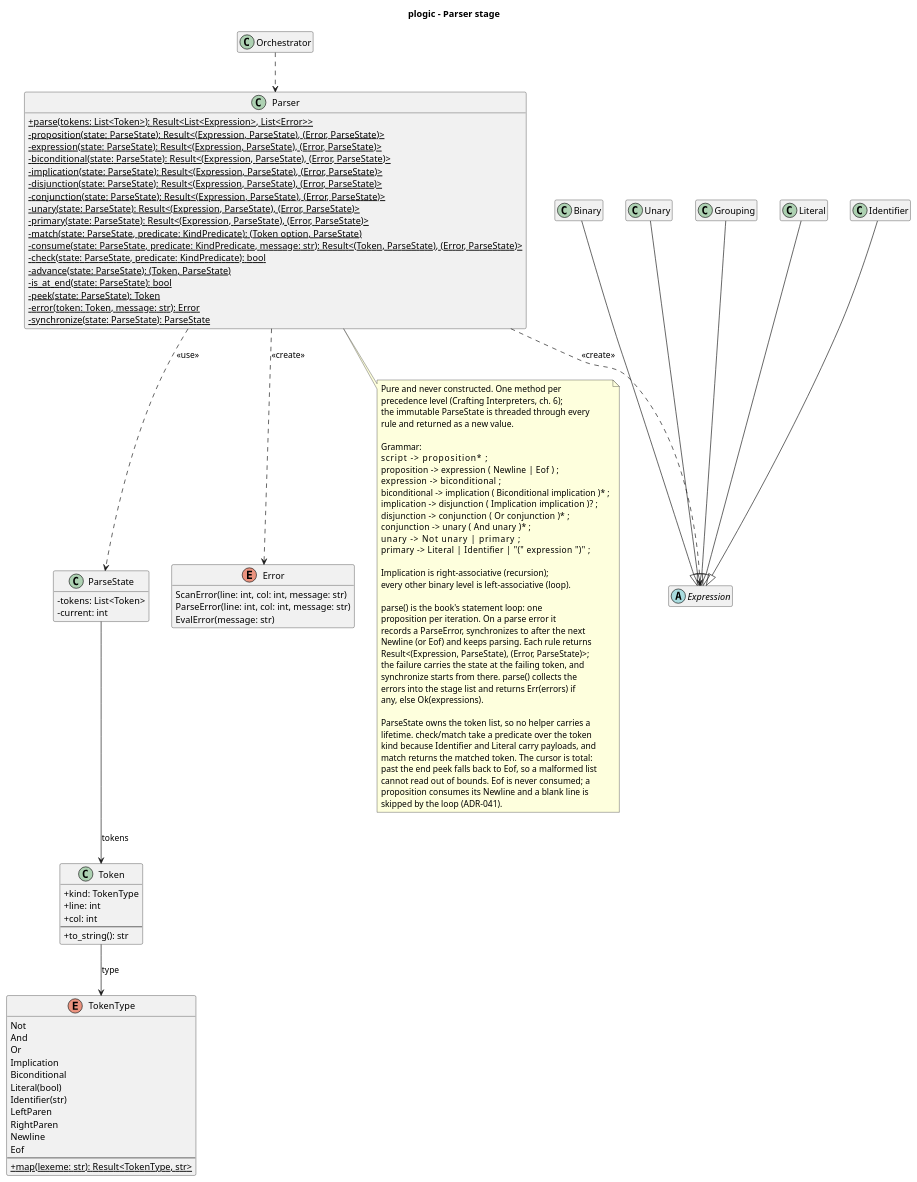
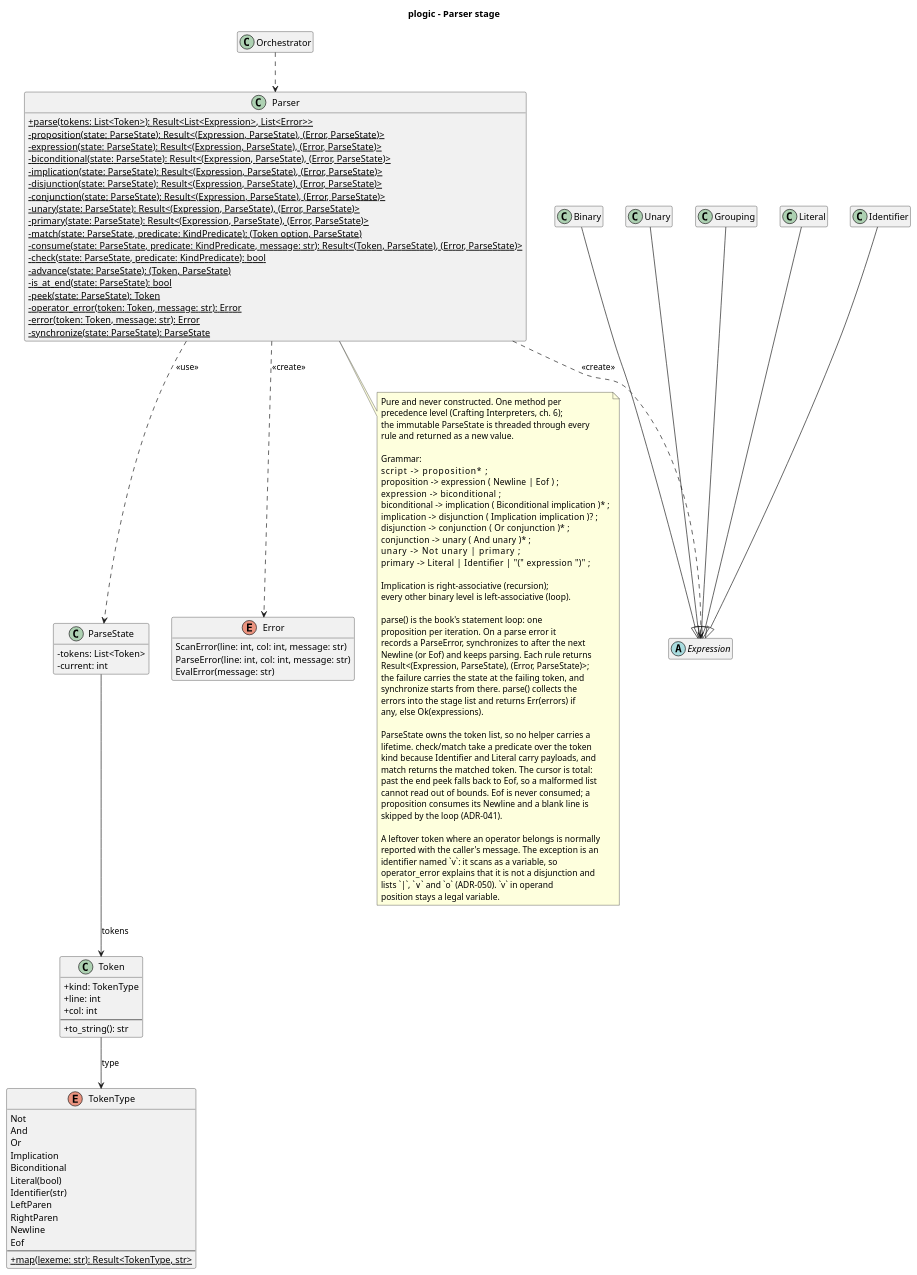
Before and after one commit to Josgtg/plogic: the diagram in design/diagrams/parser_class.puml, drawn with PlantUML. The commit also changed 9 other files, not shown here.

```diff
--- a/design/diagrams/parser_class.puml
+++ b/design/diagrams/parser_class.puml
@@ -1,131 +1,139 @@
 @startuml parser_class
 title plogic - Parser stage
 
 skinparam classAttributeIconSize 0
 hide empty members
 
 class Orchestrator
 
 enum TokenType {
   Not
   And
   Or
   Implication
   Biconditional
   Literal(bool)
   Identifier(str)
   LeftParen
   RightParen
   Newline
   Eof
   --
   +{static} map(lexeme: str): Result<TokenType, str>
 }
 
 class Token {
   +kind: TokenType
   +line: int
   +col: int
   --
   +to_string(): str
 }
 
 class ParseState {
   -tokens: List<Token>
   -current: int
 }
 
 class Parser {
   +{static} parse(tokens: List<Token>): Result<List<Expression>, List<Error>>
   -{static} proposition(state: ParseState): Result<(Expression, ParseState), (Error, ParseState)>
   -{static} expression(state: ParseState): Result<(Expression, ParseState), (Error, ParseState)>
   -{static} biconditional(state: ParseState): Result<(Expression, ParseState), (Error, ParseState)>
   -{static} implication(state: ParseState): Result<(Expression, ParseState), (Error, ParseState)>
   -{static} disjunction(state: ParseState): Result<(Expression, ParseState), (Error, ParseState)>
   -{static} conjunction(state: ParseState): Result<(Expression, ParseState), (Error, ParseState)>
   -{static} unary(state: ParseState): Result<(Expression, ParseState), (Error, ParseState)>
   -{static} primary(state: ParseState): Result<(Expression, ParseState), (Error, ParseState)>
   -{static} match(state: ParseState, predicate: KindPredicate): (Token option, ParseState)
   -{static} consume(state: ParseState, predicate: KindPredicate, message: str): Result<(Token, ParseState), (Error, ParseState)>
   -{static} check(state: ParseState, predicate: KindPredicate): bool
   -{static} advance(state: ParseState): (Token, ParseState)
   -{static} is_at_end(state: ParseState): bool
   -{static} peek(state: ParseState): Token
+  -{static} operator_error(token: Token, message: str): Error
   -{static} error(token: Token, message: str): Error
   -{static} synchronize(state: ParseState): ParseState
 }
 
 enum Error {
   ScanError(line: int, col: int, message: str)
   ParseError(line: int, col: int, message: str)
   EvalError(message: str)
 }
 
 abstract class Expression
 
 class Binary
 
 class Unary
 
 class Grouping
 
 class Literal
 
 class Identifier
 
 note bottom of Parser
   Pure and never constructed. One method per
   precedence level (Crafting Interpreters, ch. 6);
   the immutable ParseState is threaded through every
   rule and returned as a new value.
 
   Grammar:
   script         -> proposition* ;
   proposition    -> expression ( Newline | Eof ) ;
   expression     -> biconditional ;
   biconditional  -> implication ( Biconditional implication )* ;
   implication    -> disjunction ( Implication implication )? ;
   disjunction    -> conjunction ( Or conjunction )* ;
   conjunction    -> unary ( And unary )* ;
   unary          -> Not unary | primary ;
   primary        -> Literal | Identifier | "(" expression ")" ;
 
   Implication is right-associative (recursion);
   every other binary level is left-associative (loop).
 
   parse() is the book's statement loop: one
   proposition per iteration. On a parse error it
   records a ParseError, synchronizes to after the next
   Newline (or Eof) and keeps parsing. Each rule returns
   Result<(Expression, ParseState), (Error, ParseState)>;
   the failure carries the state at the failing token, and
   synchronize starts from there. parse() collects the
   errors into the stage list and returns Err(errors) if
   any, else Ok(expressions).
 
   ParseState owns the token list, so no helper carries a
   lifetime. check/match take a predicate over the token
   kind because Identifier and Literal carry payloads, and
   match returns the matched token. The cursor is total:
   past the end peek falls back to Eof, so a malformed list
   cannot read out of bounds. Eof is never consumed; a
   proposition consumes its Newline and a blank line is
   skipped by the loop (ADR-041).
+
+  A leftover token where an operator belongs is normally
+  reported with the caller's message. The exception is an
+  identifier named `v`: it scans as a variable, so
+  operator_error explains that it is not a disjunction and
+  lists `|`, `∨` and `o` (ADR-050). `v` in operand
+  position stays a legal variable.
 end note
 
 Orchestrator ..> Parser
 
 Parser ..> ParseState : <<use>>
 ParseState --> Token : tokens
 Token --> TokenType : type
 
 Parser ..> Expression : <<create>>
 Parser ..> Error : <<create>>
 
 Binary --|> Expression
 Unary --|> Expression
 Grouping --|> Expression
 Literal --|> Expression
 Identifier --|> Expression
 
 @enduml
```
